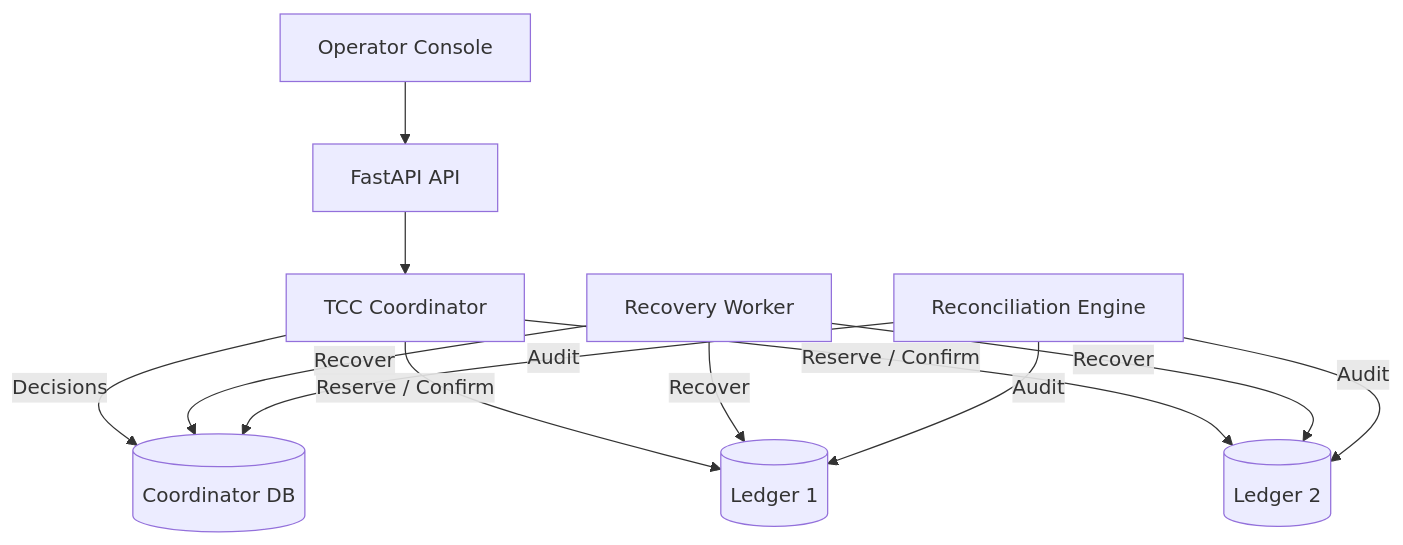
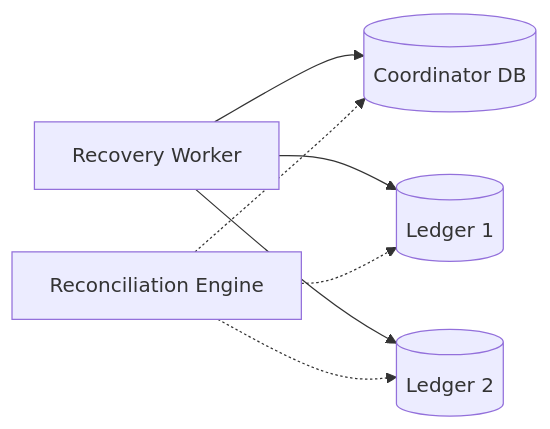
One commit to simply-mihir/LedgerGuard changed the second of 3 diagrams in README.md. Above: the diagram before and after it, drawn with Mermaid. The commit also changed other lines of this file, not shown here.

Commit message:
docs: simplify architecture diagrams

````diff
--- a/README.md
+++ b/README.md
@@ -82,17 +97,17 @@
 ```mermaid
-flowchart TB
-    UI["Operator Console"] --> API["FastAPI API"]
-    API --> TC["TCC Coordinator"]
+flowchart LR
+    Worker["Recovery Worker"]
+    Audit["Reconciliation Engine"]
 
-    TC -->|Decisions| CDB[("Coordinator DB")]
-    TC -->|Reserve / Confirm| L1[("Ledger 1")]
-    TC -->|Reserve / Confirm| L2[("Ledger 2")]
+    CDB[("Coordinator DB")]
+    L1[("Ledger 1")]
+    L2[("Ledger 2")]
 
-    Worker["Recovery Worker"] -->|Recover| CDB
-    Worker -->|Recover| L1
-    Worker -->|Recover| L2
+    Worker --> CDB
+    Worker --> L1
+    Worker --> L2
 
-    Audit["Reconciliation Engine"] -->|Audit| CDB
-    Audit -->|Audit| L1
-    Audit -->|Audit| L2
+    Audit -.-> CDB
+    Audit -.-> L1
+    Audit -.-> L2
 ```
````
